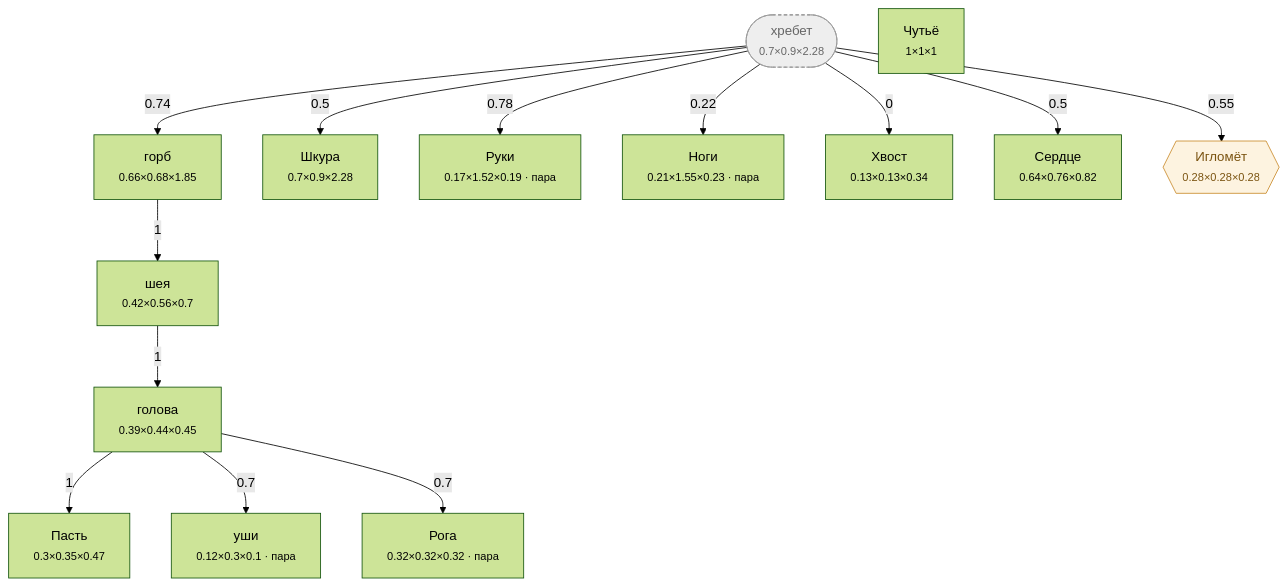
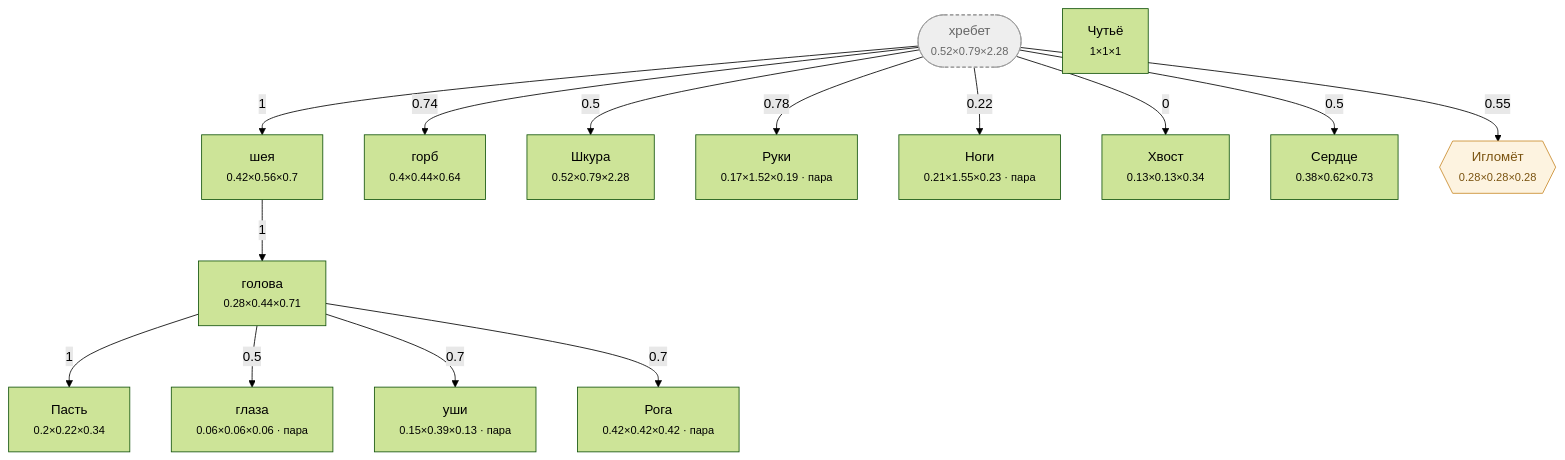
Before and after one commit to darklordshish/ChimeraEvolution-2026-06-26_15-29-59: the diagram in Docs/Диаграммы/Лось.md, drawn with Mermaid (forest theme). The commit also changed other lines of this file and 23 other files, not shown here.

````diff
--- a/Docs/Диаграммы/Лось.md
+++ b/Docs/Диаграммы/Лось.md
@@ -22,36 +23,38 @@
 ```mermaid
 flowchart TD
-    n0(["хребет<br/><small>0.7×0.9×2.28</small>"])
-    n1["голова<br/><small>0.39×0.44×0.45</small>"]
-    n2["Пасть<br/><small>0.3×0.35×0.47</small>"]
-    n3["уши<br/><small>0.12×0.3×0.1 · пара</small>"]
-    n4["шея<br/><small>0.42×0.56×0.7</small>"]
-    n5["горб<br/><small>0.66×0.68×1.85</small>"]
-    n6["Шкура<br/><small>0.7×0.9×2.28</small>"]
-    n7["Руки<br/><small>0.17×1.52×0.19 · пара</small>"]
-    n8["Ноги<br/><small>0.21×1.55×0.23 · пара</small>"]
-    n9["Хвост<br/><small>0.13×0.13×0.34</small>"]
-    n10["Рога<br/><small>0.32×0.32×0.32 · пара</small>"]
-    n11["Сердце<br/><small>0.64×0.76×0.82</small>"]
-    n12["Чутьё<br/><small>1×1×1</small>"]
-    n13{{"Игломёт<br/><small>0.28×0.28×0.28</small>"}}
+    n0(["хребет<br/><small>0.52×0.79×2.28</small>"])
+    n1["голова<br/><small>0.28×0.44×0.71</small>"]
+    n2["Пасть<br/><small>0.2×0.22×0.34</small>"]
+    n3["глаза<br/><small>0.06×0.06×0.06 · пара</small>"]
+    n4["уши<br/><small>0.15×0.39×0.13 · пара</small>"]
+    n5["шея<br/><small>0.42×0.56×0.7</small>"]
+    n6["горб<br/><small>0.4×0.44×0.64</small>"]
+    n7["Шкура<br/><small>0.52×0.79×2.28</small>"]
+    n8["Руки<br/><small>0.17×1.52×0.19 · пара</small>"]
+    n9["Ноги<br/><small>0.21×1.55×0.23 · пара</small>"]
+    n10["Хвост<br/><small>0.13×0.13×0.34</small>"]
+    n11["Рога<br/><small>0.42×0.42×0.42 · пара</small>"]
+    n12["Сердце<br/><small>0.38×0.62×0.73</small>"]
+    n13["Чутьё<br/><small>1×1×1</small>"]
+    n14{{"Игломёт<br/><small>0.28×0.28×0.28</small>"}}
 
-    n4 -->|1| n1
+    n5 -->|1| n1
     n1 -->|1| n2
-    n1 -->|0.7| n3
-    n5 -->|1| n4
-    n0 -->|0.74| n5
-    n0 -->|0.5| n6
-    n0 -->|0.78| n7
-    n0 -->|0.22| n8
-    n0 -->|0| n9
-    n1 -->|0.7| n10
-    n0 -->|0.5| n11
-    n0 -->|0.55| n13
+    n1 -->|0.5| n3
+    n1 -->|0.7| n4
+    n0 -->|1| n5
+    n0 -->|0.74| n6
+    n0 -->|0.5| n7
+    n0 -->|0.78| n8
+    n0 -->|0.22| n9
+    n0 -->|0| n10
+    n1 -->|0.7| n11
+    n0 -->|0.5| n12
+    n0 -->|0.55| n14
 
     classDef hid fill:#eee,stroke:#999,stroke-dasharray:4 3,color:#666
     classDef gr fill:#fdf3e0,stroke:#c98a2b,color:#7a5310
     classDef ch fill:#e8f2ff,stroke:#3b74c4,color:#1c3f70
     class n0 hid
-    class n13 gr
+    class n14 gr
 ```
````
